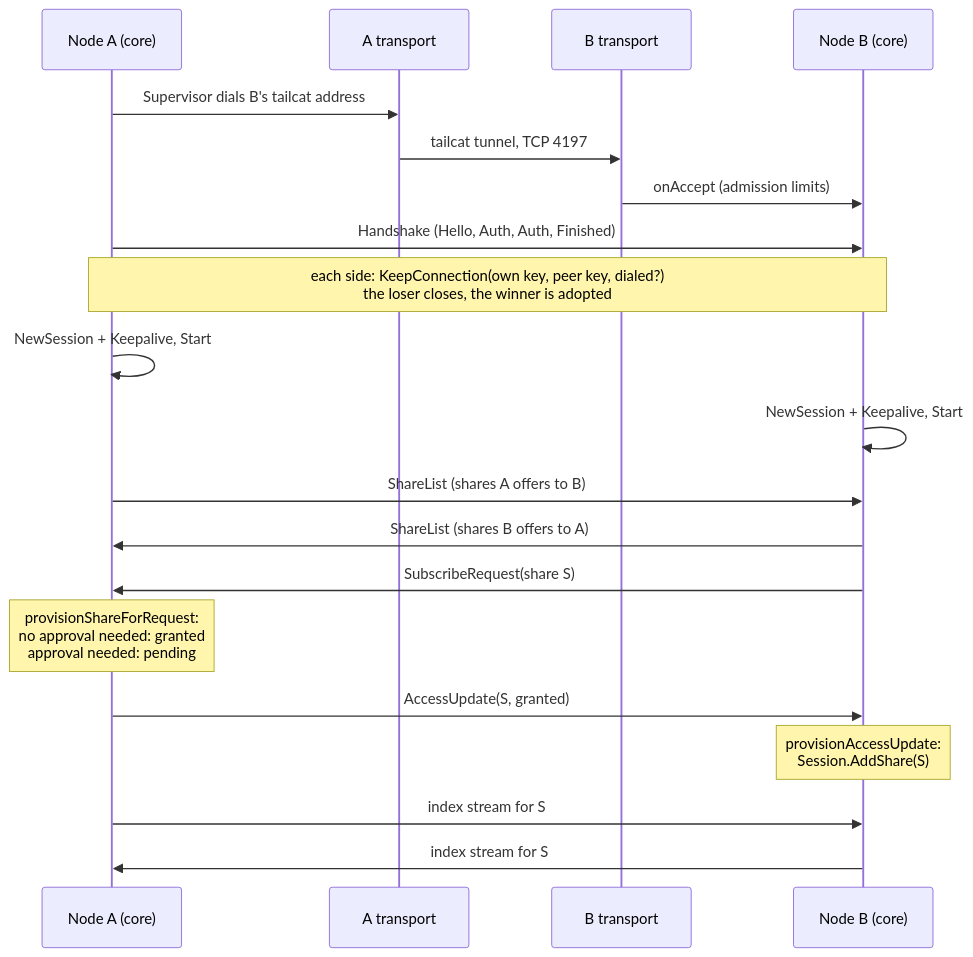
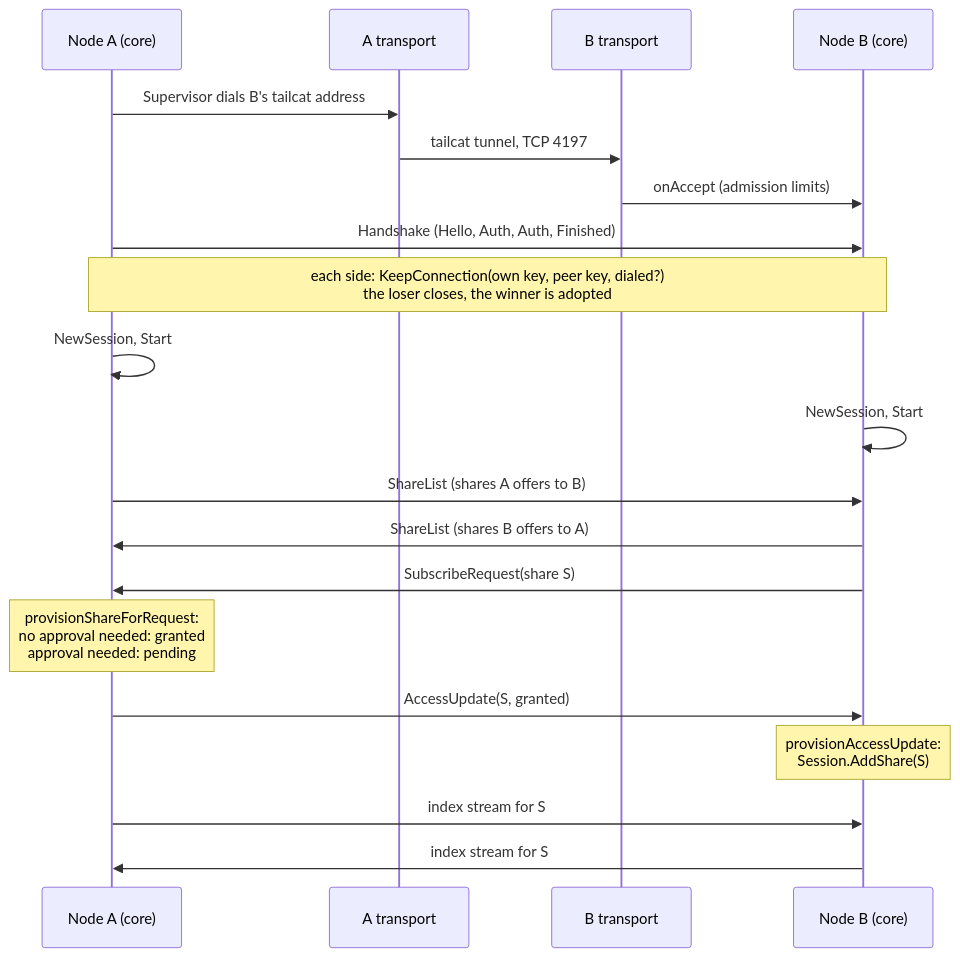
One commit to nickmarrone/syncat changed the tenth of 14 diagrams in ARCHITECTURE.md. Above: the diagram before and after it, drawn with Mermaid. The commit also changed other lines of this file and 8 other files, not shown here.

First line of the commit message:
Move the keepalive into Session

````diff
--- a/ARCHITECTURE.md
+++ b/ARCHITECTURE.md
@@ -689,23 +691,23 @@
 ```mermaid
 sequenceDiagram
     participant A as Node A (core)
     participant TA as A transport
     participant TB as B transport
     participant B as Node B (core)
 
     A->>TA: Supervisor dials B's tailcat address
     TA->>TB: tailcat tunnel, TCP 4197
     TB->>B: onAccept (admission limits)
     A->>B: Handshake (Hello, Auth, Auth, Finished)
     Note over A,B: each side: KeepConnection(own key, peer key, dialed?)<br/>the loser closes, the winner is adopted
-    A->>A: NewSession + Keepalive, Start
-    B->>B: NewSession + Keepalive, Start
+    A->>A: NewSession, Start
+    B->>B: NewSession, Start
     A->>B: ShareList (shares A offers to B)
     B->>A: ShareList (shares B offers to A)
     B->>A: SubscribeRequest(share S)
     Note over A: provisionShareForRequest:<br/>no approval needed: granted<br/>approval needed: pending
     A->>B: AccessUpdate(S, granted)
     Note over B: provisionAccessUpdate:<br/>Session.AddShare(S)
     A->>B: index stream for S
     B->>A: index stream for S
 ```
````
